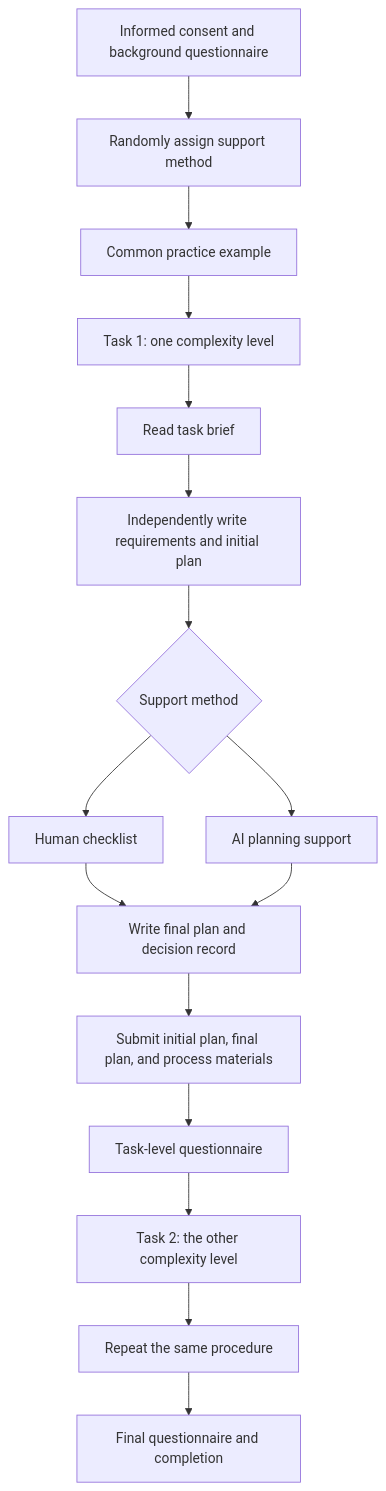
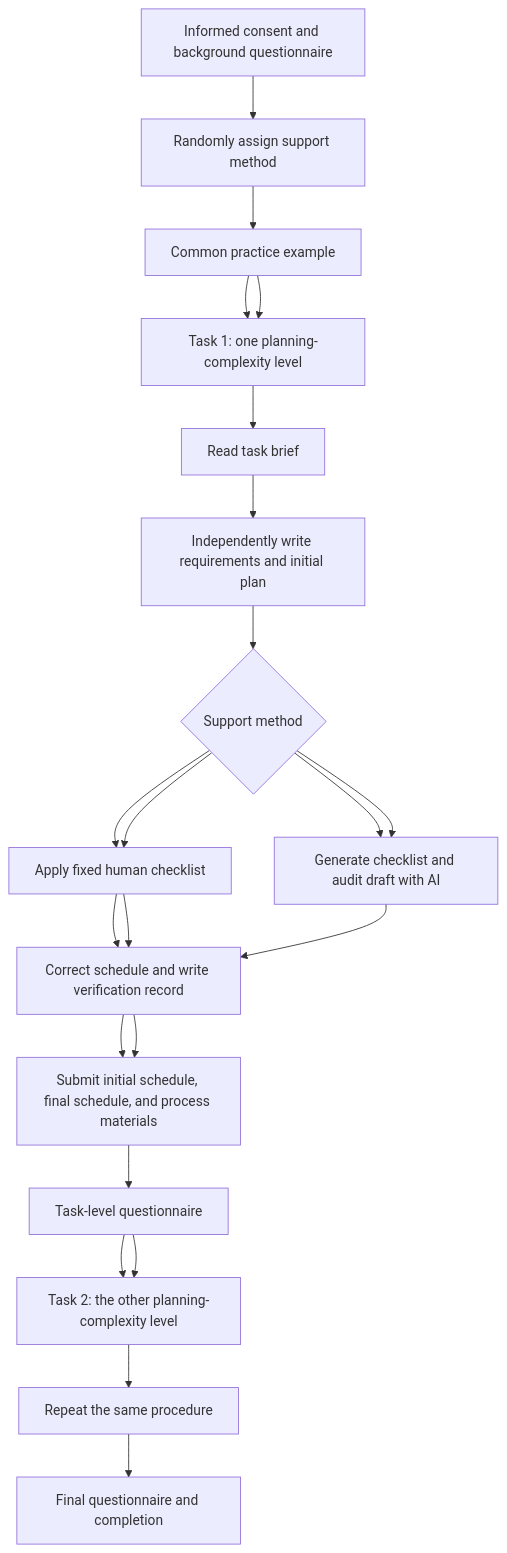
Before and after one commit to coco123-123/ADS401.G.github.io: the second of 4 diagrams in README.md, drawn with Mermaid. The commit also changed other lines of this file, not shown here.

````diff
--- a/README.md
+++ b/README.md
@@ -323,18 +451,24 @@
 ```mermaid
 flowchart TD
     A[Informed consent and background questionnaire] --> B[Randomly assign support method]
     B --> C[Common practice example]
     C --> D[Task 1: one complexity level]
+    C --> D[Task 1: one planning-complexity level]
     D --> E1[Read task brief]
     E1 --> E2[Independently write requirements and initial plan]
     E2 --> E3{Support method}
     E3 --> F1[Human checklist]
     E3 --> F2[AI planning support]
     F1 --> G[Write final plan and decision record]
+    E3 --> F1[Apply fixed human checklist]
+    E3 --> F2[Generate checklist and audit draft with AI]
+    F1 --> G[Correct schedule and write verification record]
     F2 --> G
     G --> H[Submit initial plan, final plan, and process materials]
+    G --> H[Submit initial schedule, final schedule, and process materials]
     H --> I[Task-level questionnaire]
     I --> J[Task 2: the other complexity level]
+    I --> J[Task 2: the other planning-complexity level]
     J --> K[Repeat the same procedure]
     K --> L[Final questionnaire and completion]
 ```
````
